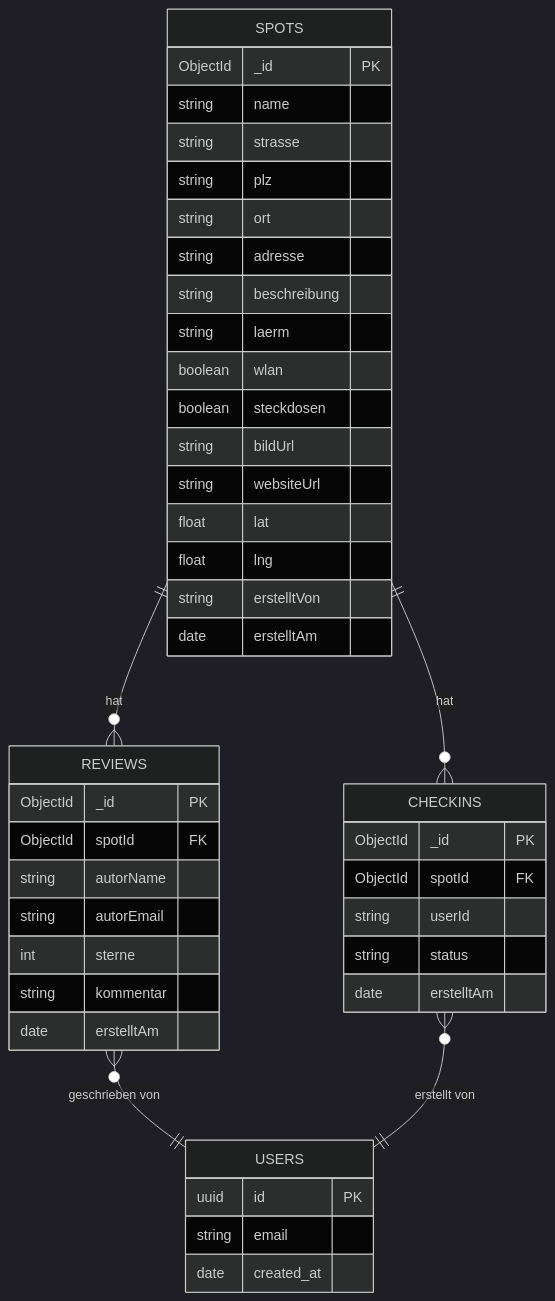
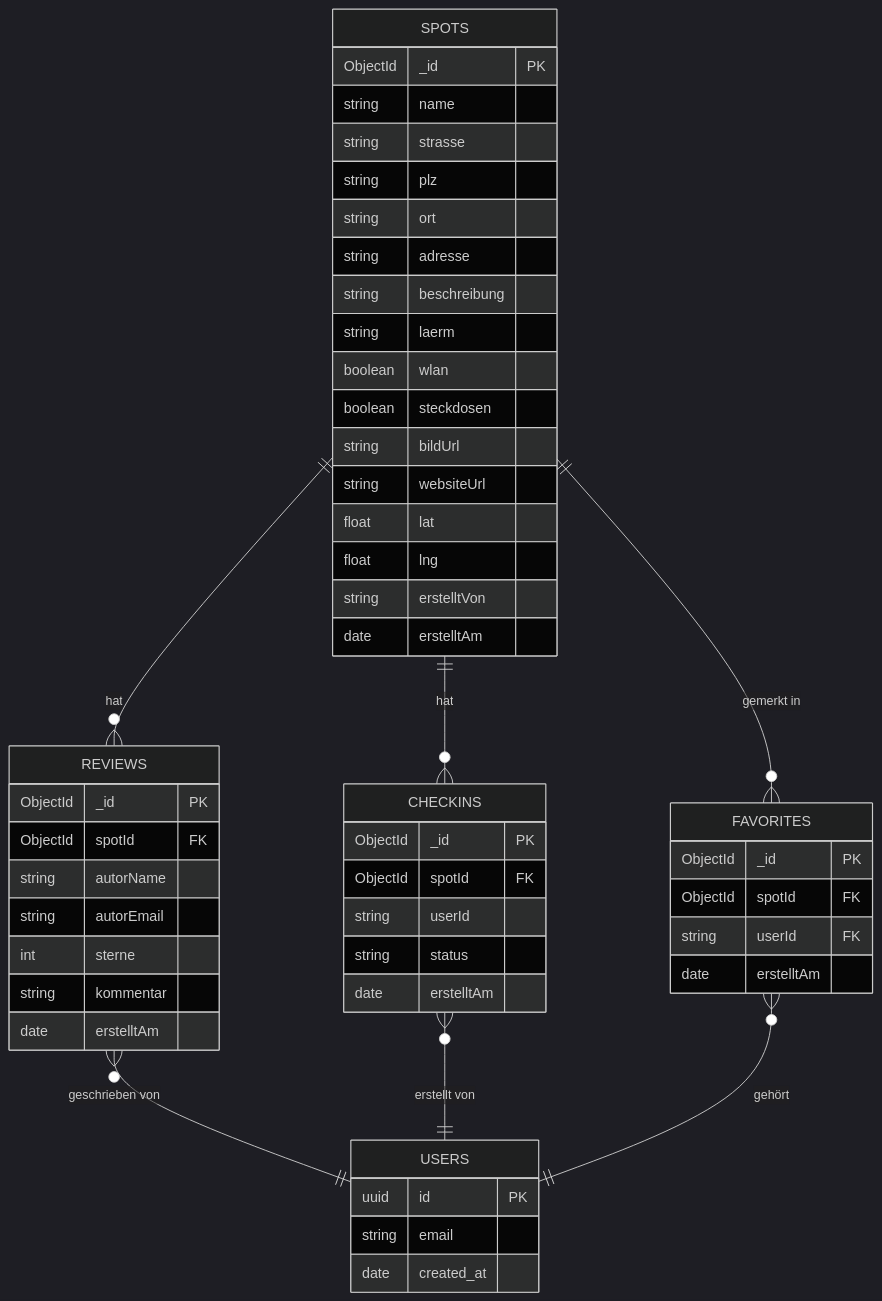
Before and after one commit to rexheeri/studyspot-zhaw: the diagram in README.md, drawn with Mermaid (dark theme). The commit also changed other lines of this file and 6 other files, not shown here.

````diff
--- a/README.md
+++ b/README.md
@@ -136,47 +136,55 @@
 ```mermaid
 erDiagram
     SPOTS ||--o{ REVIEWS : "hat"
     SPOTS ||--o{ CHECKINS : "hat"
+    SPOTS ||--o{ FAVORITES : "gemerkt in"
     REVIEWS }o--|| USERS : "geschrieben von"
     CHECKINS }o--|| USERS : "erstellt von"
+    FAVORITES }o--|| USERS : "gehört"
 
     SPOTS {
         ObjectId _id PK
         string name
         string strasse
         string plz
         string ort
         string adresse
         string beschreibung
         string laerm
         boolean wlan
         boolean steckdosen
         string bildUrl
         string websiteUrl
         float lat
         float lng
         string erstelltVon
         date erstelltAm
     }
     REVIEWS {
         ObjectId _id PK
         ObjectId spotId FK
         string autorName
         string autorEmail
         int sterne
         string kommentar
         date erstelltAm
     }
     CHECKINS {
         ObjectId _id PK
         ObjectId spotId FK
         string userId
         string status
         date erstelltAm
     }
     USERS {
         uuid id PK
         string email
         date created_at
     }
+    FAVORITES {
+        ObjectId _id PK
+        ObjectId spotId FK
+        string userId FK
+        date erstelltAm
+    }
 ```
````
